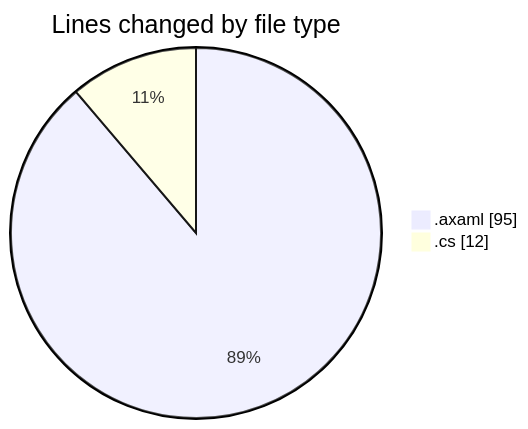
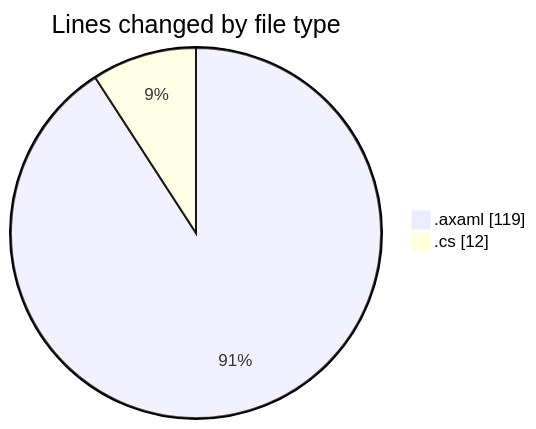
Before and after one commit to Netris89/code-tracking: the first of 2 diagrams in 2025-10-24/skintrack/README.md, drawn with Mermaid. The commit also changed other lines of this file and 1 other file, not shown here.

````diff
--- a/2025-10-24/skintrack/README.md
+++ b/2025-10-24/skintrack/README.md
@@ -21,6 +22,6 @@
 ```mermaid
 pie showData
 title Lines changed by file type
-".axaml" : 95
+".axaml" : 119
 ".cs" : 12
 ```
````
